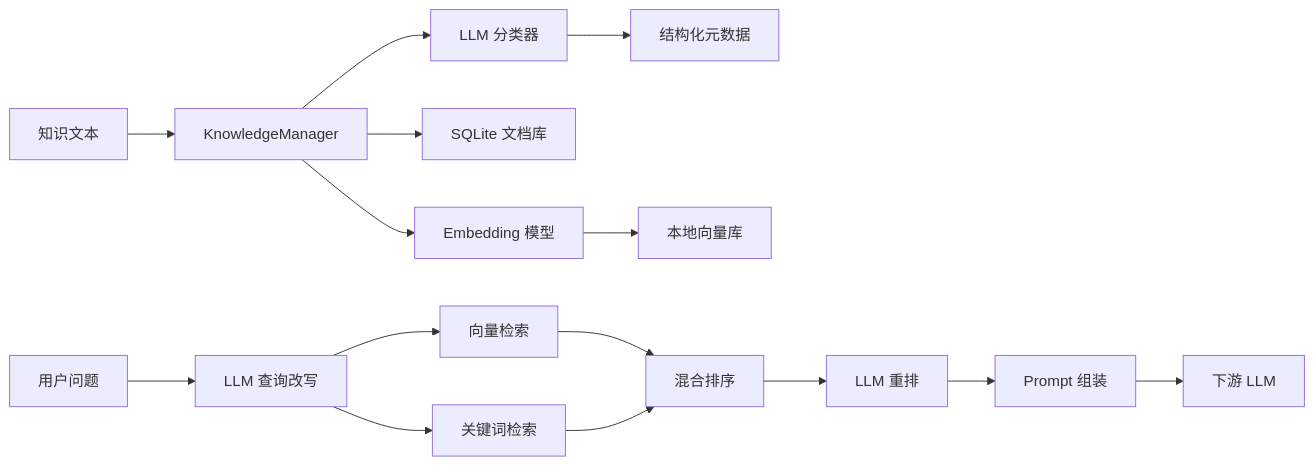
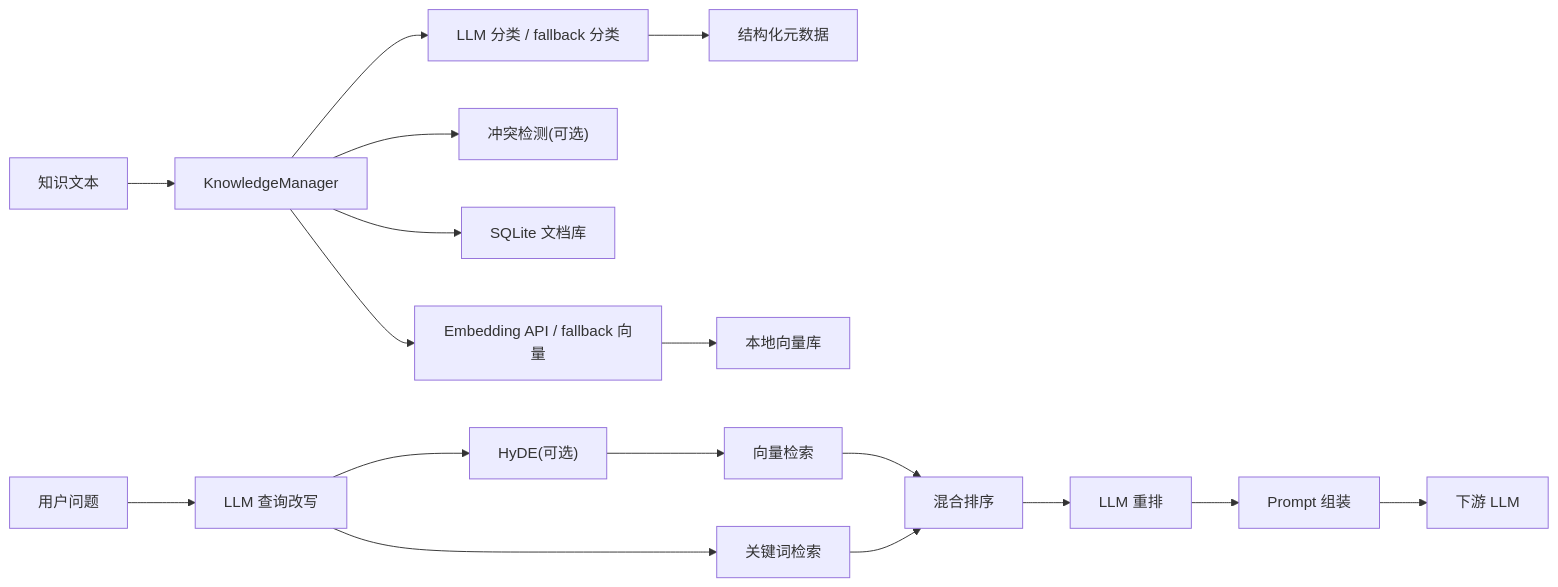
One commit to dcdbzq/KnowledgeManager changed the first of 3 diagrams in docs/design.md. Above: the diagram before and after it, drawn with Mermaid. The commit also changed other lines of this file and 14 other files, not shown here.

````diff
--- a/docs/design.md
+++ b/docs/design.md
@@ -21,18 +22,20 @@
 ```mermaid
 flowchart LR
   UserText["知识文本"] --> KM["KnowledgeManager"]
-  KM --> Classifier["LLM 分类器"]
+  KM --> Classifier["LLM 分类 / fallback 分类"]
   Classifier --> Metadata["结构化元数据"]
+  KM --> Conflict["冲突检测(可选)"]
   KM --> DocStore["SQLite 文档库"]
-  KM --> Embedder["Embedding 模型"]
+  KM --> Embedder["Embedding API / fallback 向量"]
   Embedder --> VectorStore["本地向量库"]
 
   Question["用户问题"] --> QueryRewrite["LLM 查询改写"]
-  QueryRewrite --> VectorSearch["向量检索"]
+  QueryRewrite --> HyDE["HyDE(可选)"]
+  HyDE --> VectorSearch["向量检索"]
   QueryRewrite --> KeywordSearch["关键词检索"]
   VectorSearch --> Merge["混合排序"]
   KeywordSearch --> Merge
   Merge --> Rerank["LLM 重排"]
   Rerank --> PromptBuilder["Prompt 组装"]
   PromptBuilder --> Downstream["下游 LLM"]
 ```
````
